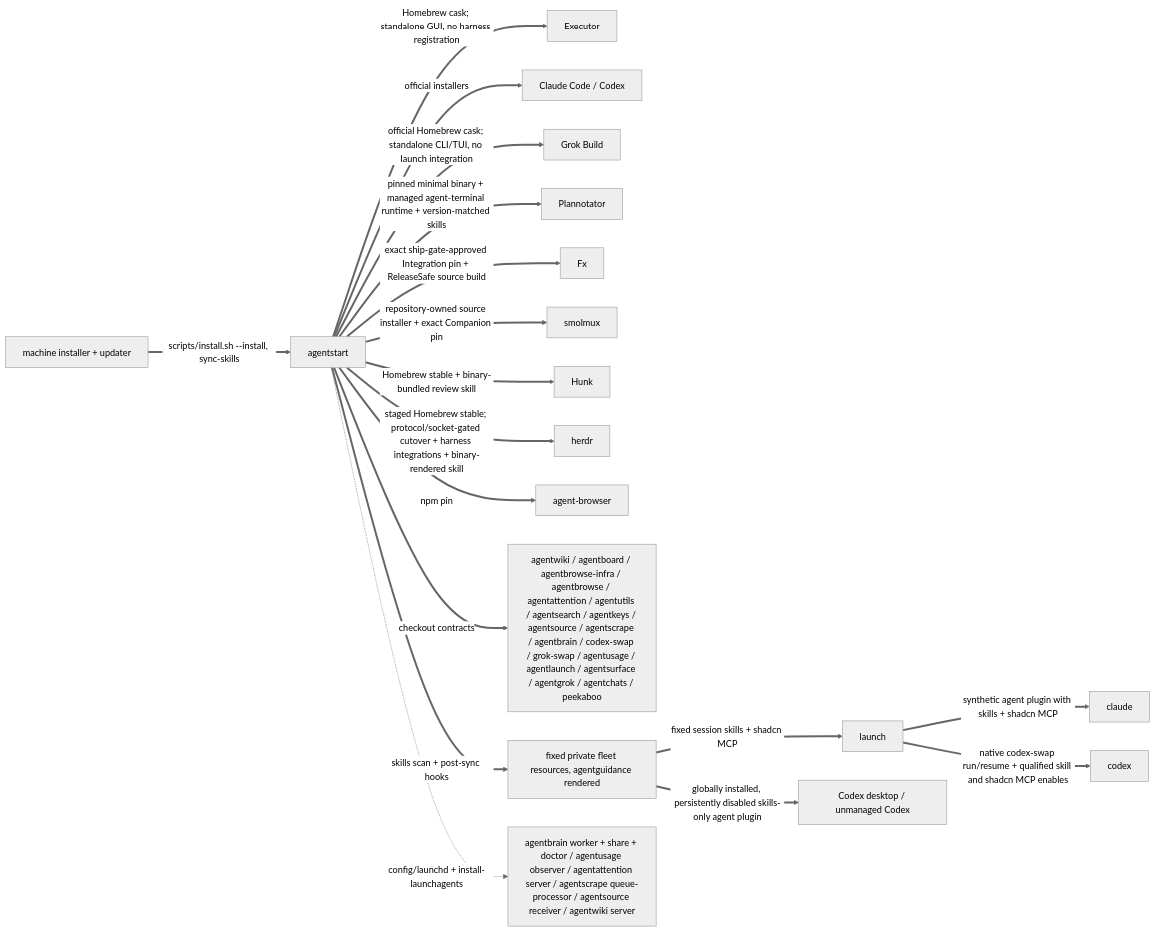
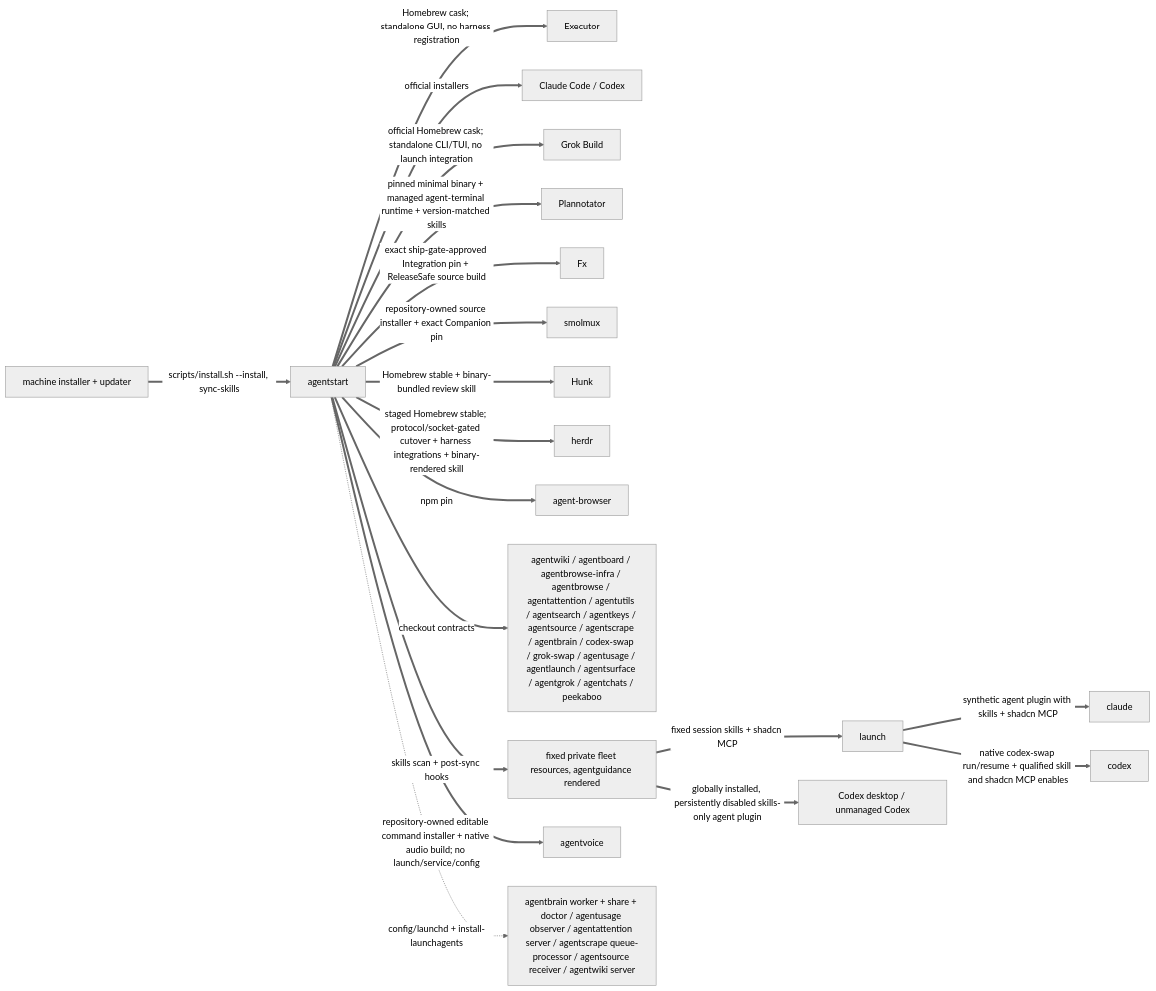
Before and after one commit to possibilities/agentstart: the second of 3 diagrams in skills/fleet/MAP.md, drawn with Mermaid (neutral theme). The commit also changed other lines of this file and 4 other files, not shown here.

````diff
--- a/skills/fleet/MAP.md
+++ b/skills/fleet/MAP.md
@@ -98,23 +98,24 @@
 ```mermaid
 flowchart LR
     machine[machine installer + updater]
     start[agentstart]
 
     machine ==>|scripts/install.sh --install, sync-skills| start
     start ==>|Homebrew cask; standalone GUI, no harness registration| executor[Executor]
     start ==>|official installers| harnesses[Claude Code / Codex]
     start ==>|official Homebrew cask; standalone CLI/TUI, no launch integration| grok[Grok Build]
     start ==>|pinned minimal binary + managed agent-terminal runtime + version-matched skills| plannotator[Plannotator]
     start ==>|exact ship-gate-approved Integration pin + ReleaseSafe source build| fx[Fx]
     start ==>|repository-owned source installer + exact Companion pin| smolmuxInstall[smolmux]
     start ==>|Homebrew stable + binary-bundled review skill| hunk[Hunk]
     start ==>|staged Homebrew stable; protocol/socket-gated cutover + harness integrations + binary-rendered skill| herdrInstall[herdr]
     start ==>|npm pin| browser[agent-browser]
     start ==>|checkout contracts| fleet[agentwiki / agentboard / agentbrowse-infra / agentbrowse / agentattention / agentutils / agentsearch / agentkeys / agentsource / agentscrape / agentbrain / codex-swap / grok-swap / agentusage / agentlaunch / agentsurface / agentgrok / agentchats / peekaboo]
     start ==>|skills scan + post-sync hooks| skills[fixed private fleet resources, agentguidance rendered]
+    start ==>|repository-owned editable command installer + native audio build; no launch/service/config| voiceInstall[agentvoice]
     skills ==>|fixed session skills + shadcn MCP| launch
     launch ==>|synthetic agent plugin with skills + shadcn MCP| claude
     launch ==>|native codex-swap run/resume + qualified skill and shadcn MCP enables| codex
     skills ==>|globally installed, persistently disabled skills-only agent plugin| codexDesktop[Codex desktop / unmanaged Codex]
     start -.->|config/launchd + install-launchagents| services[agentbrain worker + share + doctor / agentusage observer / agentattention server / agentscrape queue-processor / agentsource receiver / agentwiki server]
 ```
````
